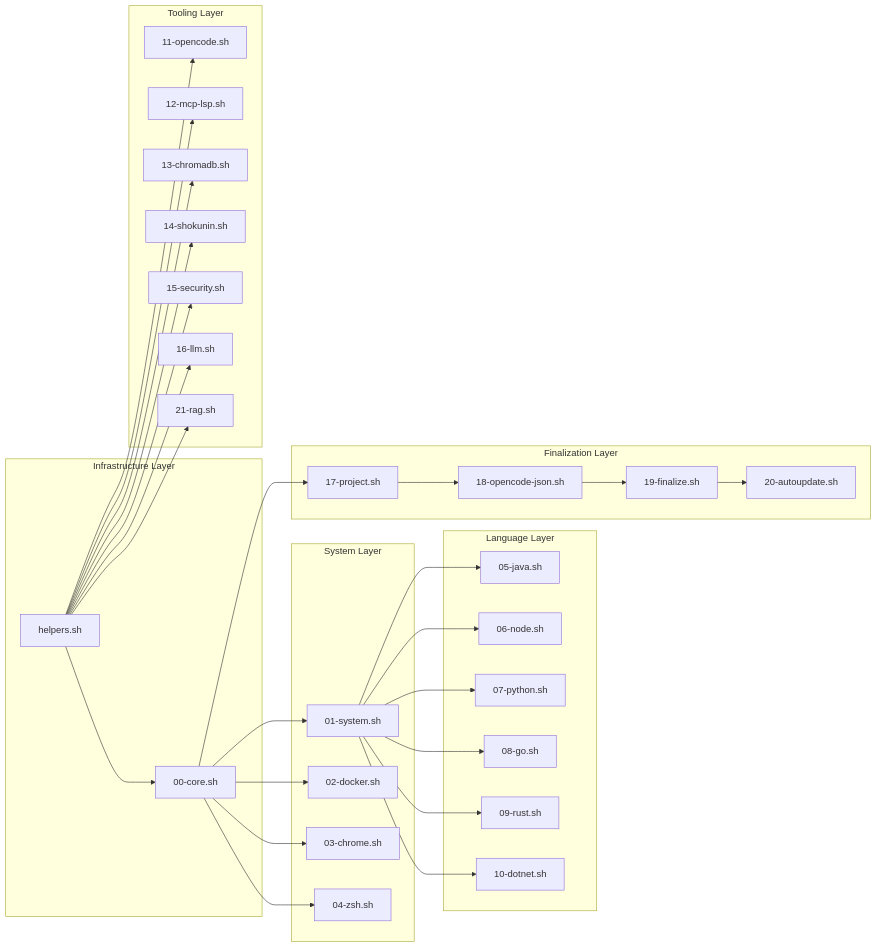
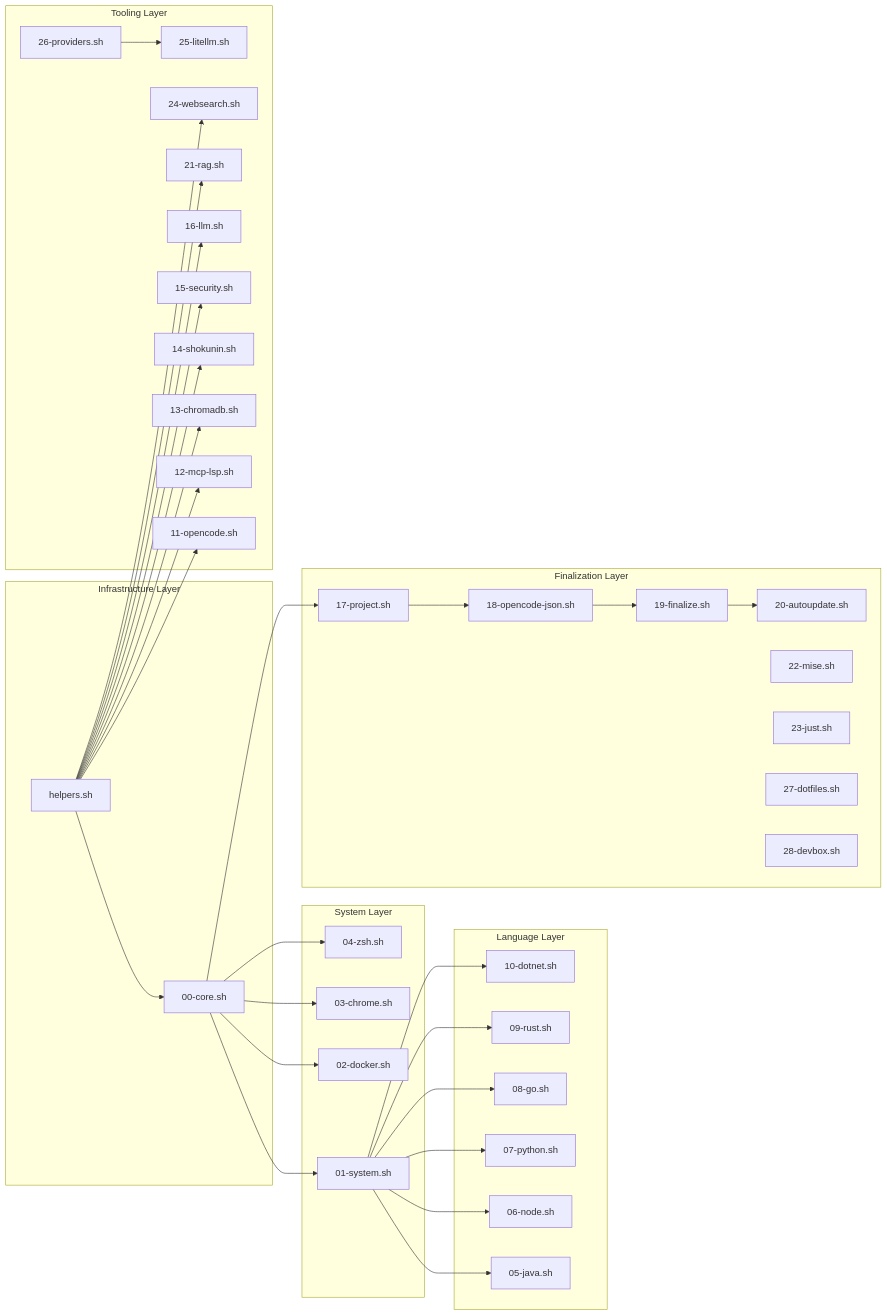
Before and after one commit to AlexanderNarbaev/opencode_initializer: the fifth of 5 diagrams in docs/architecture/index.en.md, drawn with Mermaid. The commit also changed other lines of this file and 26 other files, not shown here.

````diff
--- a/docs/architecture/index.en.md
+++ b/docs/architecture/index.en.md
@@ -132,66 +143,76 @@
 ```mermaid
 graph LR
     subgraph "Infrastructure Layer"
         helpers["helpers.sh"]
         core["00-core.sh"]
     end
-    
+
     subgraph "System Layer"
         sys["01-system.sh"]
         docker["02-docker.sh"]
         chrome["03-chrome.sh"]
         zsh["04-zsh.sh"]
     end
-    
+
     subgraph "Language Layer"
         java["05-java.sh"]
         node["06-node.sh"]
         python["07-python.sh"]
         go["08-go.sh"]
         rust["09-rust.sh"]
         dotnet["10-dotnet.sh"]
     end
-    
+
     subgraph "Tooling Layer"
         opencode["11-opencode.sh"]
         mcp["12-mcp-lsp.sh"]
         chromadb["13-chromadb.sh"]
         shokunin["14-shokunin.sh"]
         sec["15-security.sh"]
         llm["16-llm.sh"]
         rag["21-rag.sh"]
+        websearch["24-websearch.sh"]
+        litellm["25-litellm.sh"]
+        providers["26-providers.sh"]
     end
-    
+
     subgraph "Finalization Layer"
         project["17-project.sh"]
         json["18-opencode-json.sh"]
         finalize["19-finalize.sh"]
         update["20-autoupdate.sh"]
+        mise["22-mise.sh"]
+        just["23-just.sh"]
+        dotfiles["27-dotfiles.sh"]
+        devbox["28-devbox.sh"]
     end
-    
+
     helpers --> core
     core --> sys
     core --> docker
     core --> chrome
     core --> zsh
-    
+
     sys --> java
     sys --> node
     sys --> python
     sys --> go
     sys --> rust
     sys --> dotnet
-    
+
     helpers --> opencode
     helpers --> mcp
     helpers --> chromadb
     helpers --> shokunin
     helpers --> sec
     helpers --> llm
     helpers --> rag
-    
+    helpers --> websearch
+
+    providers --> litellm
+
     core --> project
     project --> json
     json --> finalize
     finalize --> update
 ```
````
